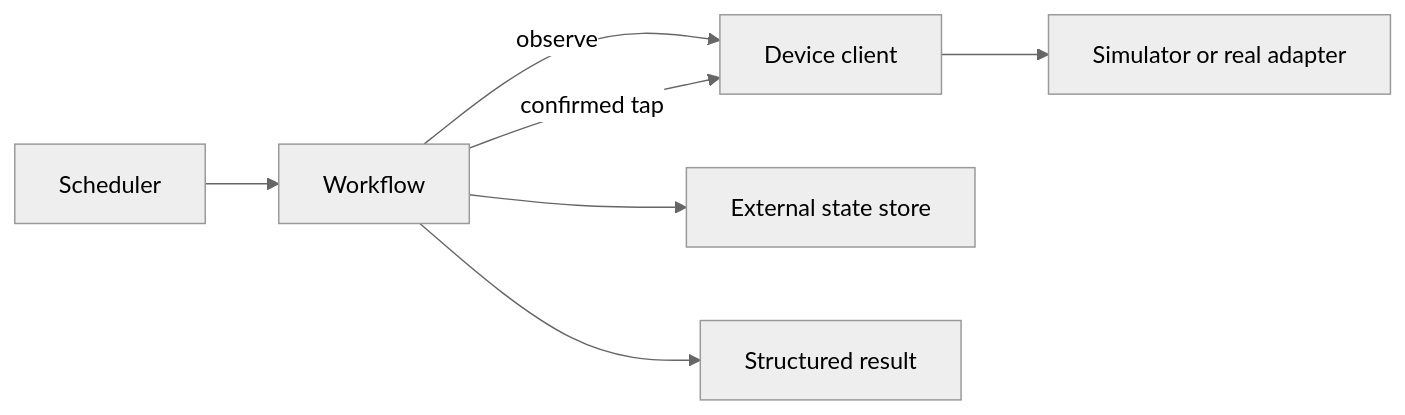
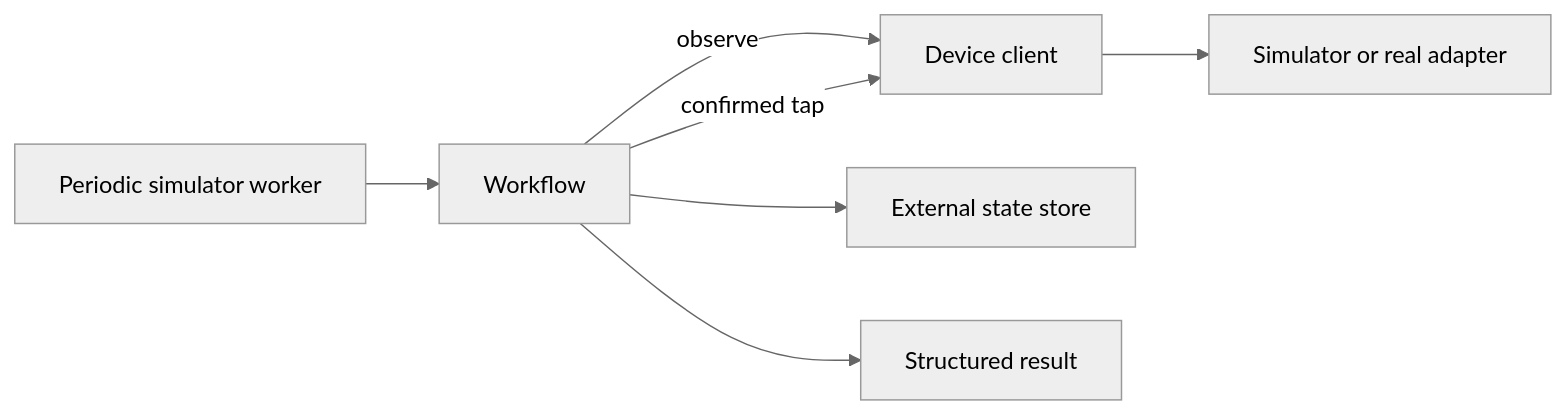
Before and after one commit to garyrizzo1992/lastz_pub: the diagram in README.md, drawn with Mermaid (neutral theme). The commit also changed other lines of this file and 24 other files, not shown here.

Commit message:
Publish reusable macOS deployment role and simulator worker

````diff
--- a/README.md
+++ b/README.md
@@ -39,9 +44,9 @@
 ```mermaid
 flowchart LR
-    Scheduler --> Workflow
+    Worker[Periodic simulator worker] --> Workflow
     Workflow -->|observe| Device[Device client]
     Workflow -->|confirmed tap| Device
     Device --> Simulator[Simulator or real adapter]
     Workflow --> State[External state store]
     Workflow --> Result[Structured result]
 ```
````
